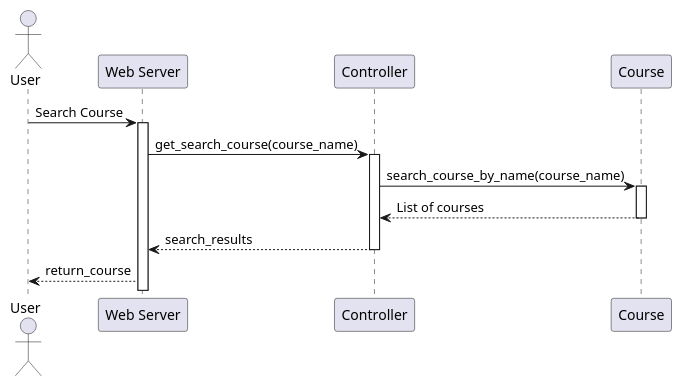
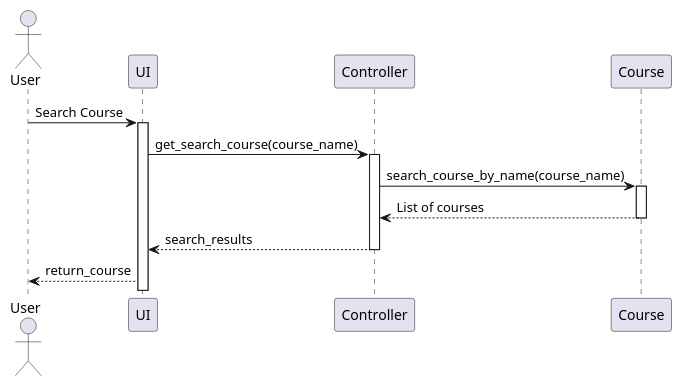
The diagram in diagrams/plantuml/search_course.puml (KMITLSuicide/KMITL-ObjectOrientedProgramming-Project), drawn with PlantUML before and after one commit. The commit also changed 9 other files, not shown here.

```diff
--- a/diagrams/plantuml/search_course.puml
+++ b/diagrams/plantuml/search_course.puml
@@ -1,22 +1,22 @@
-@startuml
+@startuml Search Course
 actor User
 
-participant "Web Server" as Server
+participant "UI" as Server
 participant Controller
 participant Course
 
 User -> Server: Search Course
 activate Server
 
 Server -> Controller: get_search_course(course_name)
 activate Controller
 Controller -> Course: search_course_by_name(course_name)
 activate Course
 Course --> Controller: List of courses
 deactivate Course
 Controller --> Server: search_results
 deactivate Controller
 
 Server --> User: return_course
 
 @enduml
```
